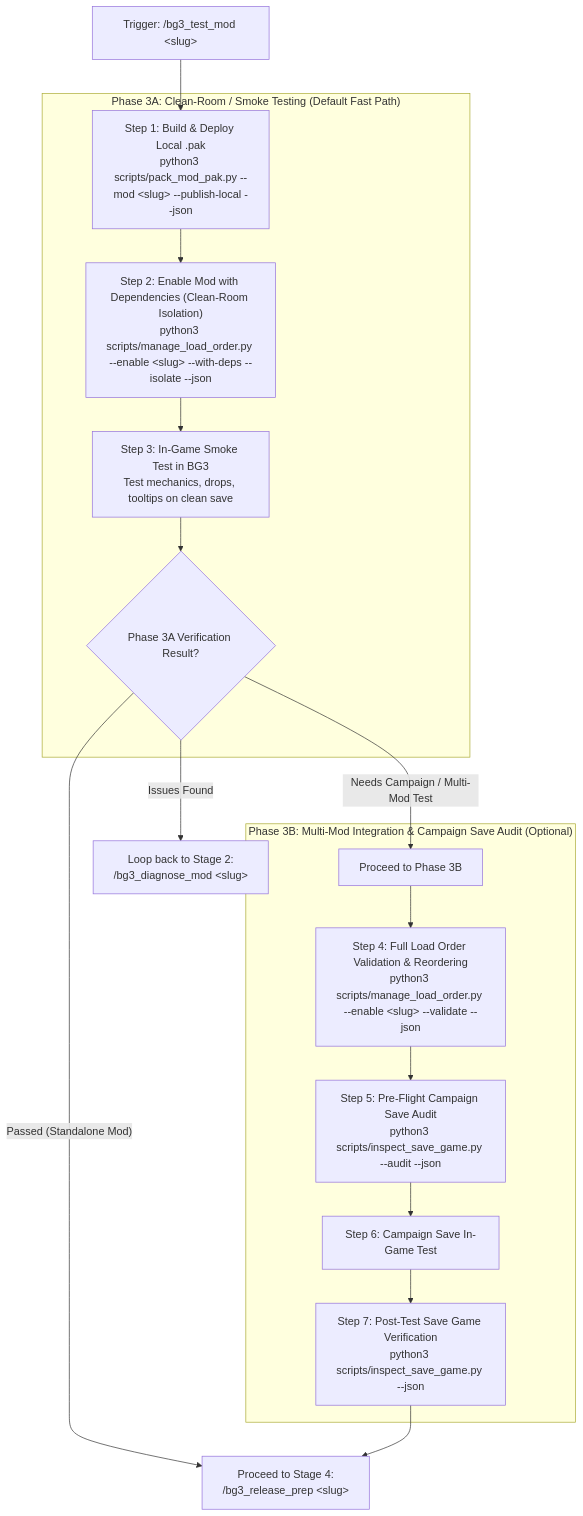
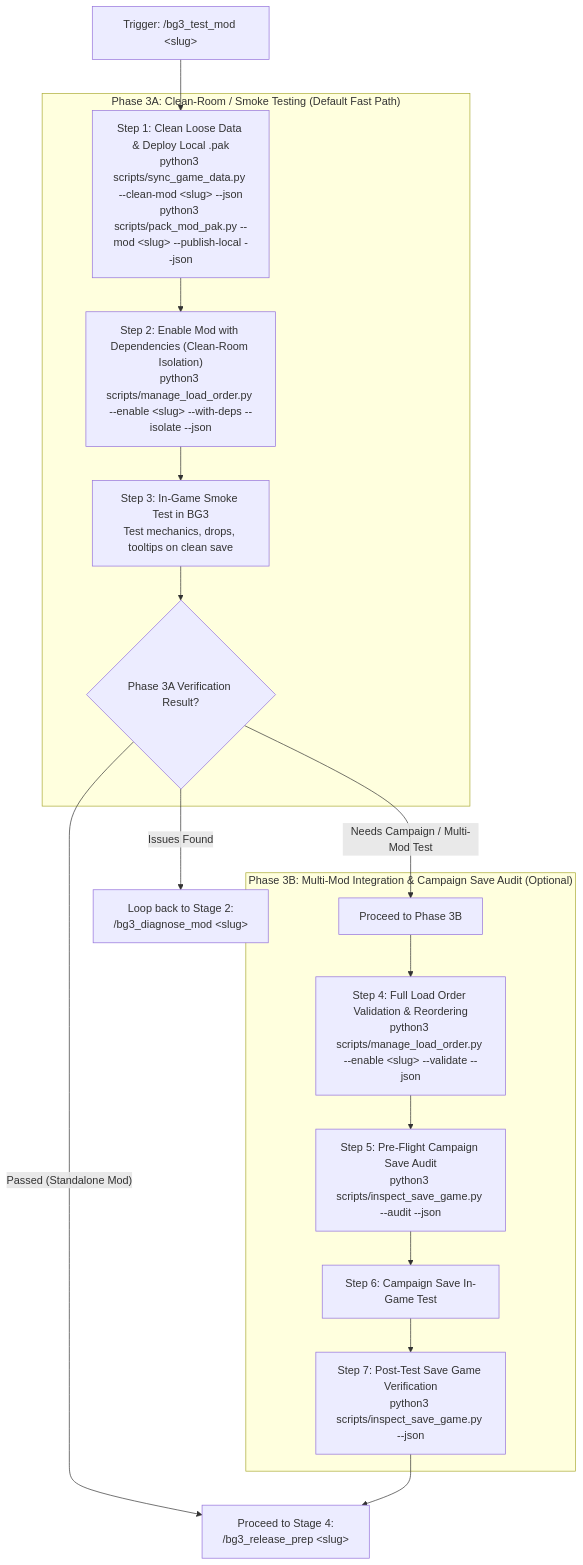
The diagram in .agents/skills/bg3_test_mod/SKILL.md (jpelton-stroud/bg3-mod-studio), drawn with Mermaid before and after one commit. The commit also changed other lines of this file and 17 other files, not shown here.

First line of the commit message:
feat(scripts): support multi-deps in add_mod_dependency and update sync tooling (#29)

````diff
--- a/.agents/skills/bg3_test_mod/SKILL.md
+++ b/.agents/skills/bg3_test_mod/SKILL.md
@@ -26,33 +27,34 @@
 ```mermaid
 flowchart TD
-    Trigger["Trigger: /bg3_test_mod &lt;slug&gt;"] --> Pack["Step 1: Build & Deploy Local .pak
+    Trigger["Trigger: /bg3_test_mod &lt;slug&gt;"] --> Pack["Step 1: Clean Loose Data & Deploy Local .pak
+python3 scripts/sync_game_data.py --clean-mod &lt;slug&gt; --json
 python3 scripts/pack_mod_pak.py --mod &lt;slug&gt; --publish-local --json"]
     
     subgraph P3A["Phase 3A: Clean-Room / Smoke Testing (Default Fast Path)"]
         Pack --> DepEnable["Step 2: Enable Mod with Dependencies (Clean-Room Isolation)
 python3 scripts/manage_load_order.py --enable &lt;slug&gt; --with-deps --isolate --json"]
         DepEnable --> InGameSmoke["Step 3: In-Game Smoke Test in BG3
 Test mechanics, drops, tooltips on clean save"]
         InGameSmoke --> Gate3A{"Phase 3A Verification Result?"}
     end
 
     Gate3A -- "Issues Found" --> Loopback["Loop back to Stage 2:
 /bg3_diagnose_mod &lt;slug&gt;"]
     
     Gate3A -- "Passed (Standalone Mod)" --> ReleaseGate["Proceed to Stage 4:
 /bg3_release_prep &lt;slug&gt;"]
     
     Gate3A -- "Needs Campaign / Multi-Mod Test" --> P3BStart["Proceed to Phase 3B"]
 
     subgraph P3B["Phase 3B: Multi-Mod Integration & Campaign Save Audit (Optional)"]
         P3BStart --> FullLO["Step 4: Full Load Order Validation & Reordering
 python3 scripts/manage_load_order.py --enable &lt;slug&gt; --validate --json"]
         FullLO --> SaveAudit["Step 5: Pre-Flight Campaign Save Audit
 python3 scripts/inspect_save_game.py --audit --json"]
         SaveAudit --> InGameCampaign["Step 6: Campaign Save In-Game Test"]
         InGameCampaign --> PostSave["Step 7: Post-Test Save Game Verification
 python3 scripts/inspect_save_game.py --json"]
     end
 
     PostSave --> ReleaseGate
 ```
````
